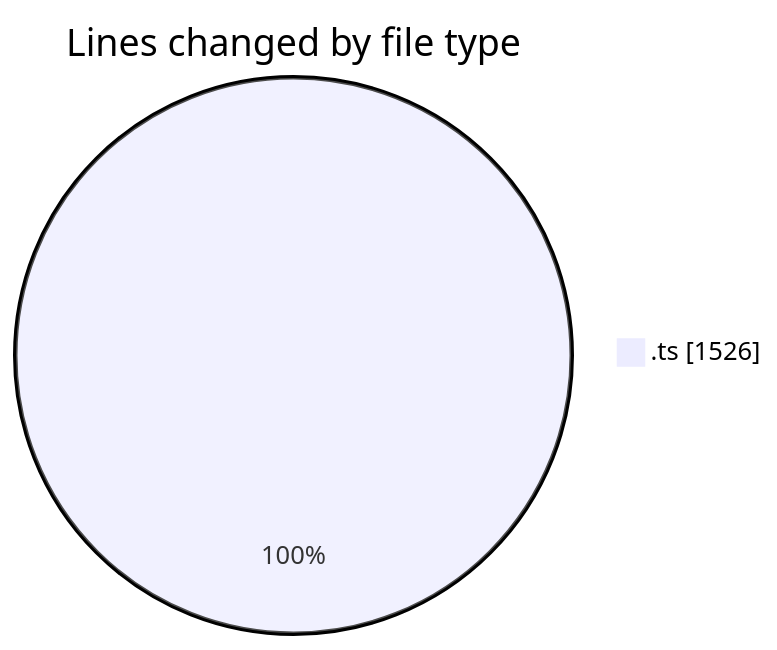
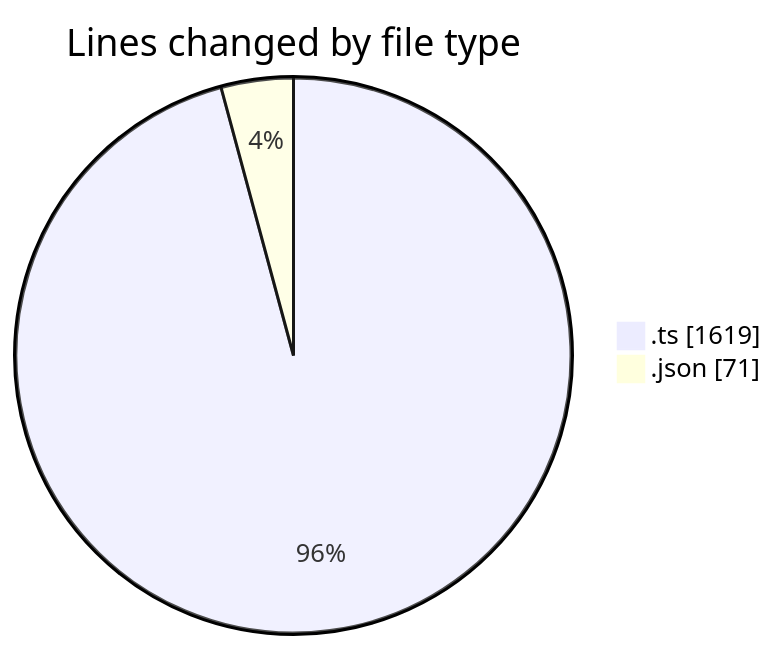
The first of 2 diagrams in 2025-09-13/hiai-phf/README.md (lephambinh05/code-tracking), drawn with Mermaid before and after one commit. The commit also changed other lines of this file and 1 other file, not shown here.

````diff
--- a/2025-09-13/hiai-phf/README.md
+++ b/2025-09-13/hiai-phf/README.md
@@ -25,5 +27,6 @@
 ```mermaid
 pie showData
 title Lines changed by file type
-".ts" : 1526
+".ts" : 1619
+".json" : 71
 ```
````
